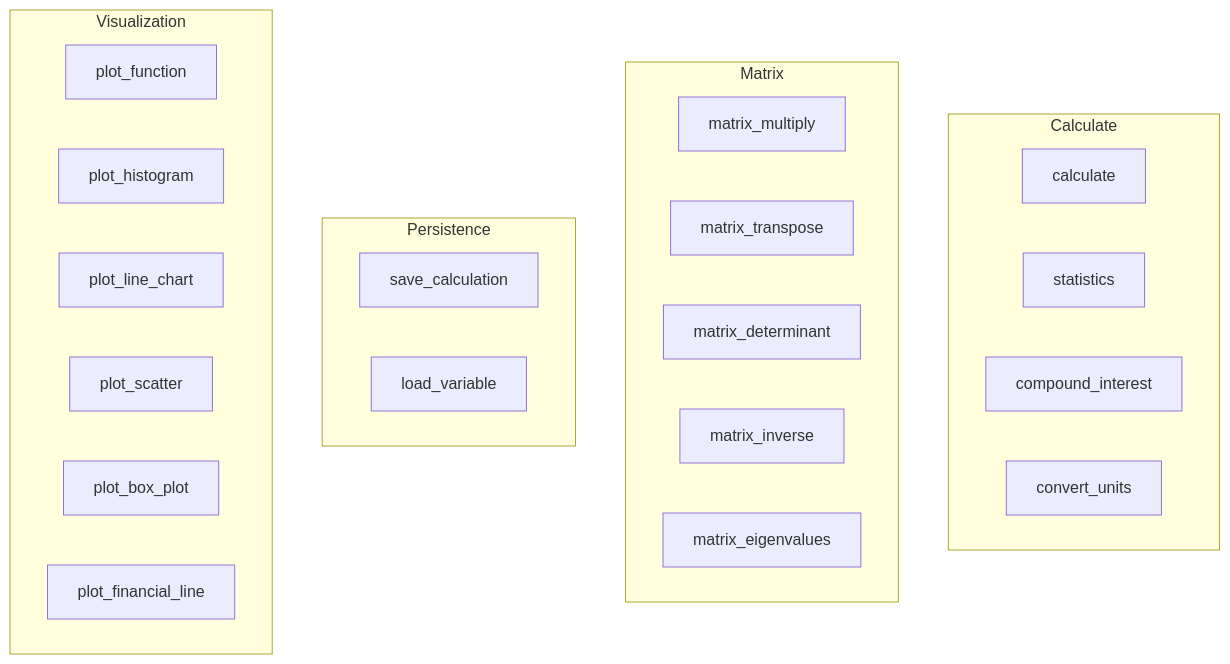
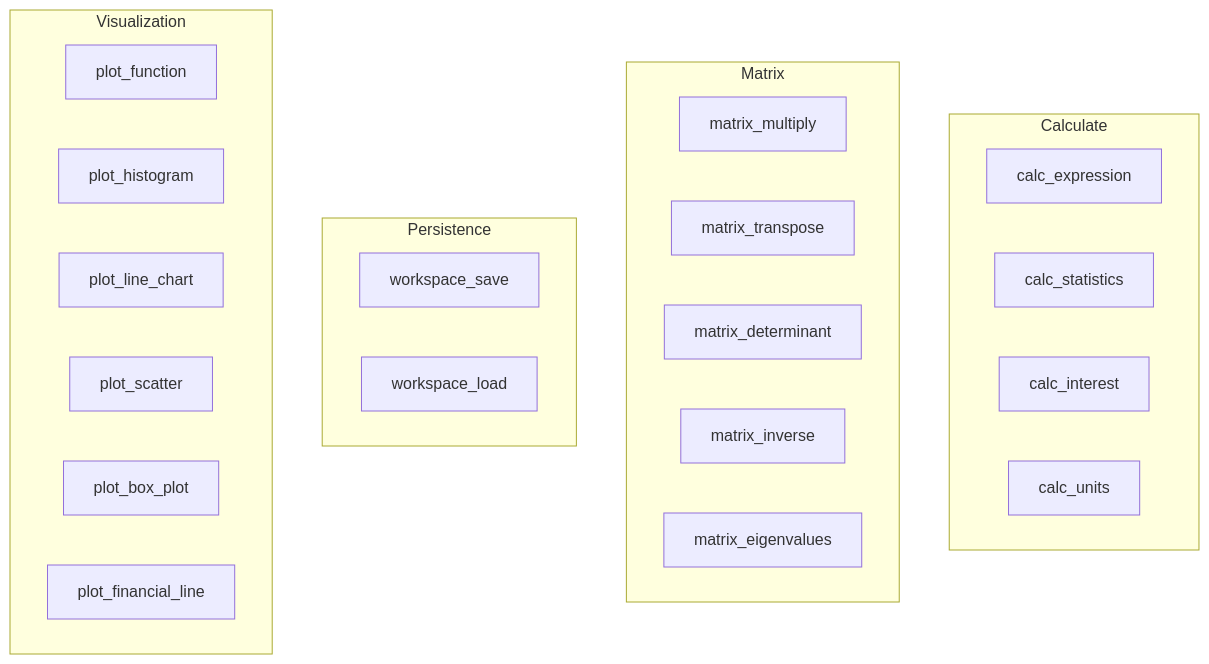
Before and after one commit to clouatre-labs/math-mcp-learning-server: the second of 4 diagrams in docs/ARCHITECTURE.md, drawn with Mermaid. The commit also changed 6 other files, not shown here.

````diff
--- a/docs/ARCHITECTURE.md
+++ b/docs/ARCHITECTURE.md
@@ -24,31 +24,31 @@
 ```mermaid
 graph TD
     subgraph Calc["Calculate"]
-        C1["calculate"]
-        C2["statistics"]
-        C3["compound_interest"]
-        C4["convert_units"]
+        C1["calc_expression"]
+        C2["calc_statistics"]
+        C3["calc_interest"]
+        C4["calc_units"]
     end
 
     subgraph Matrix["Matrix"]
         M1["matrix_multiply"]
         M2["matrix_transpose"]
         M3["matrix_determinant"]
         M4["matrix_inverse"]
         M5["matrix_eigenvalues"]
     end
 
     subgraph Persist["Persistence"]
-        P1["save_calculation"]
-        P2["load_variable"]
+        P1["workspace_save"]
+        P2["workspace_load"]
     end
 
     subgraph Viz["Visualization"]
         V1["plot_function"]
         V2["plot_histogram"]
         V3["plot_line_chart"]
         V4["plot_scatter"]
         V5["plot_box_plot"]
         V6["plot_financial_line"]
     end
 ```
````
